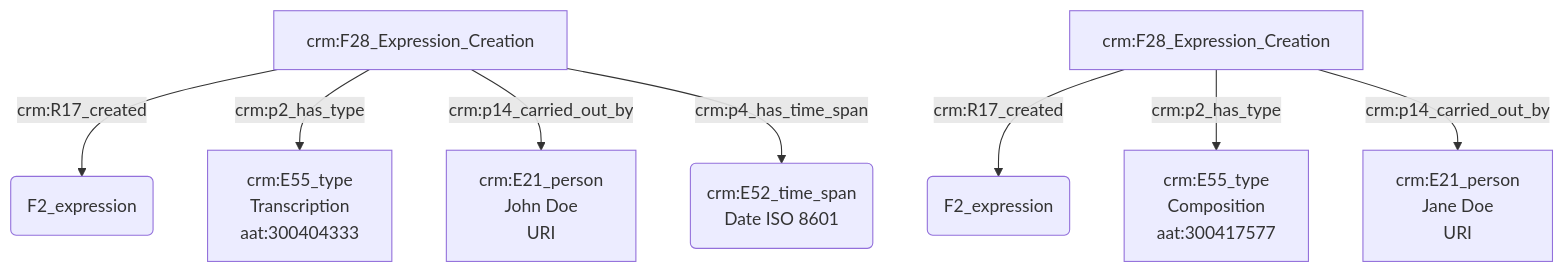
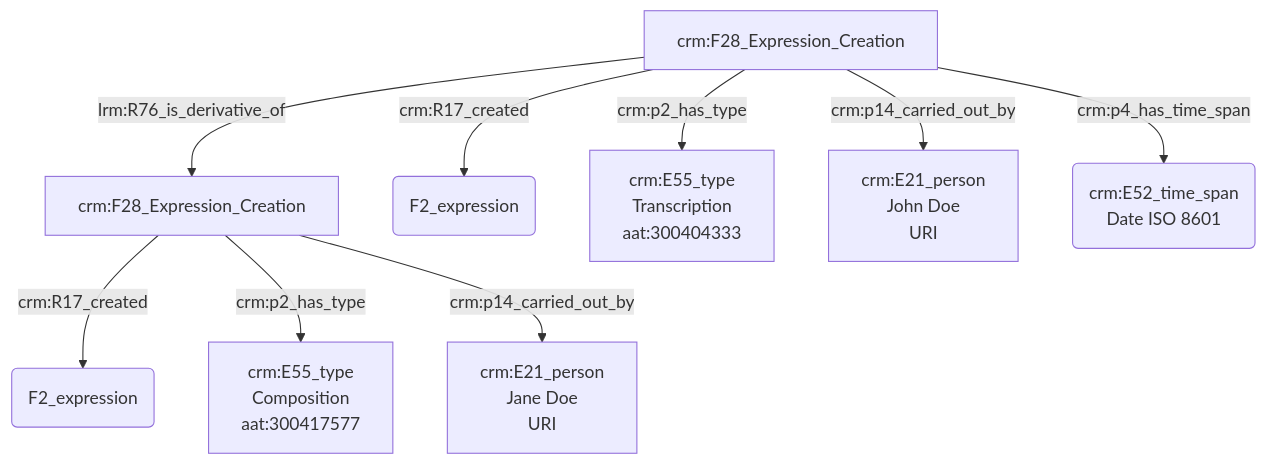
The diagram in modules/livrables/Dossier 2/Indexation conceptuelle/transcription d'une œuvre.md (Amleth/consortium-musica2-gt2-ontologies), drawn with Mermaid before and after one commit.

Commit message:
Update transcription d'une œuvre.md

````diff
--- a/modules/livrables/Dossier 2/Indexation conceptuelle/transcription d'une œuvre.md
+++ b/modules/livrables/Dossier 2/Indexation conceptuelle/transcription d'une œuvre.md
@@ -18,13 +18,15 @@
 ```mermaid
 graph TD;
+
+A[crm:F28_Expression_Creation] --> |lrm:R76_is_derivative_of| E[crm:F28_Expression_Creation]
 
 A[crm:F28_Expression_Creation] --> |crm:R17_created| N(F2_expression)
 A[crm:F28_Expression_Creation] --> |crm:p2_has_type| B[crm:E55_type<br>Transcription<br>aat:300404333]
 A[crm:F28_Expression_Creation] --> |crm:p14_carried_out_by| C[crm:E21_person<br>John Doe<br>URI]
 A[crm:F28_Expression_Creation] --> |crm:p4_has_time_span| I(crm:E52_time_span<br>Date ISO 8601)
 
 E[crm:F28_Expression_Creation] --> |crm:R17_created| M(F2_expression)
 E[crm:F28_Expression_Creation] --> |crm:p2_has_type| G[crm:E55_type<br>Composition<br>aat:300417577]
 E[crm:F28_Expression_Creation] --> |crm:p14_carried_out_by| F[crm:E21_person<br>Jane Doe<br>URI]
 
 ```
````
